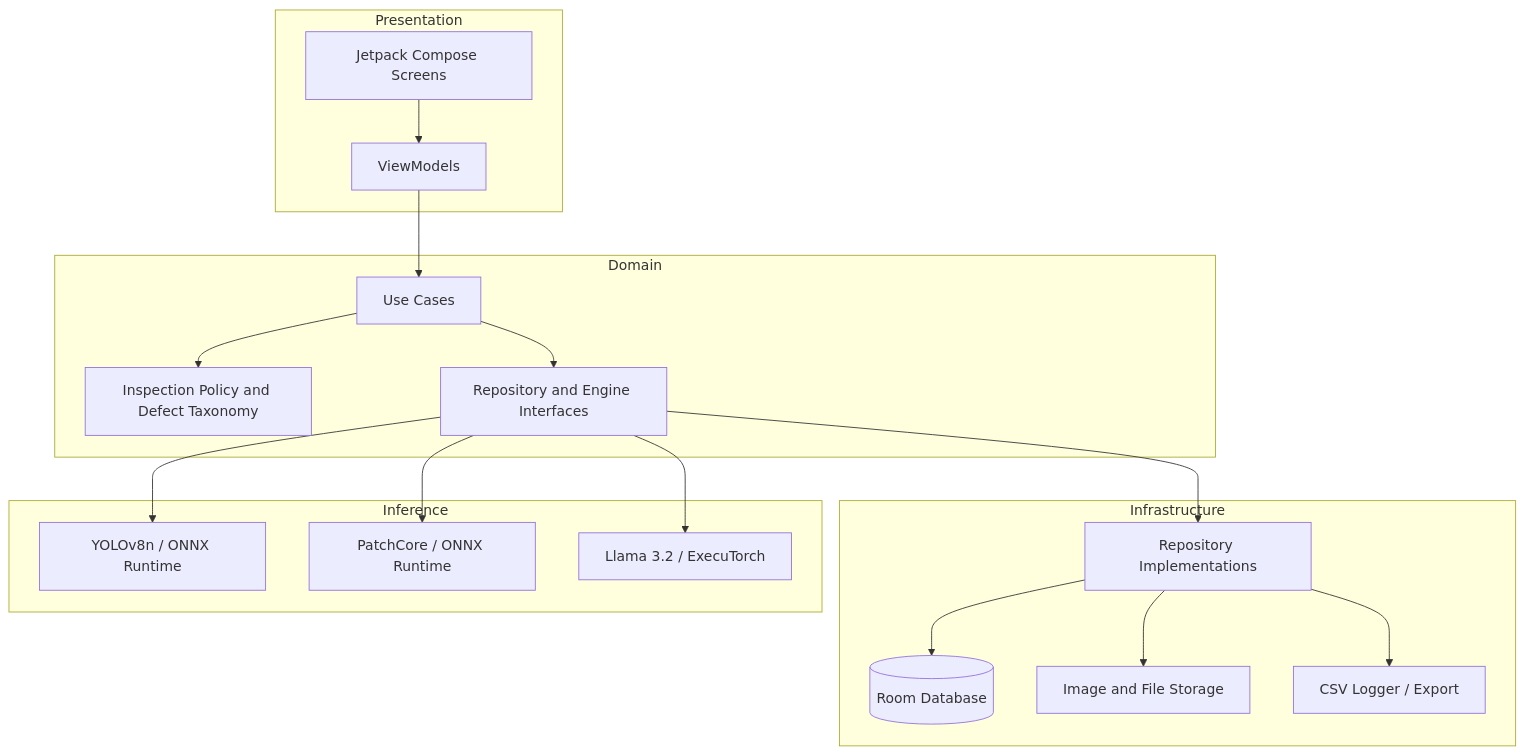
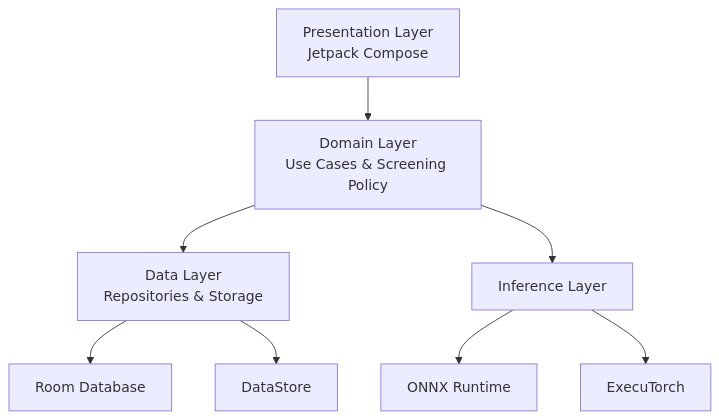
One commit to radicalSanta/Bharat-AI-PCB-Inspector changed the second of 2 diagrams in README.md. Above: the diagram before and after it, drawn with Mermaid. The commit also changed other lines of this file, not shown here.

````diff
--- a/README.md
+++ b/README.md
@@ -164,34 +99,10 @@
 ```mermaid
-flowchart TB
-    subgraph Presentation
-        UI[Jetpack Compose Screens]
-        VM[ViewModels]
-        UI --> VM
-    end
-    subgraph Domain
-        UC[Use Cases]
-        POLICY[Inspection Policy and Defect Taxonomy]
-        CONTRACTS[Repository and Engine Interfaces]
-        VM --> UC
-        UC --> POLICY
-        UC --> CONTRACTS
-    end
-    subgraph Infrastructure
-        REPO[Repository Implementations]
-        ROOM[(Room Database)]
-        STORAGE[Image and File Storage]
-        CSV[CSV Logger / Export]
-        REPO --> ROOM
-        REPO --> STORAGE
-        REPO --> CSV
-    end
-    subgraph Inference
-        YOLO[YOLOv8n / ONNX Runtime]
-        PATCH[PatchCore / ONNX Runtime]
-        LLM[Llama 3.2 / ExecuTorch]
-    end
-    CONTRACTS --> REPO
-    CONTRACTS --> YOLO
-    CONTRACTS --> PATCH
-    CONTRACTS --> LLM
+flowchart TD
+    A[Presentation Layer<br/>Jetpack Compose] --> B[Domain Layer<br/>Use Cases & Screening Policy]
+    B --> C[Data Layer<br/>Repositories & Storage]
+    B --> D[Inference Layer]
+    D --> E[ONNX Runtime]
+    D --> F[ExecuTorch]
+    C --> G[Room Database]
+    C --> H[DataStore]
 ```
````
